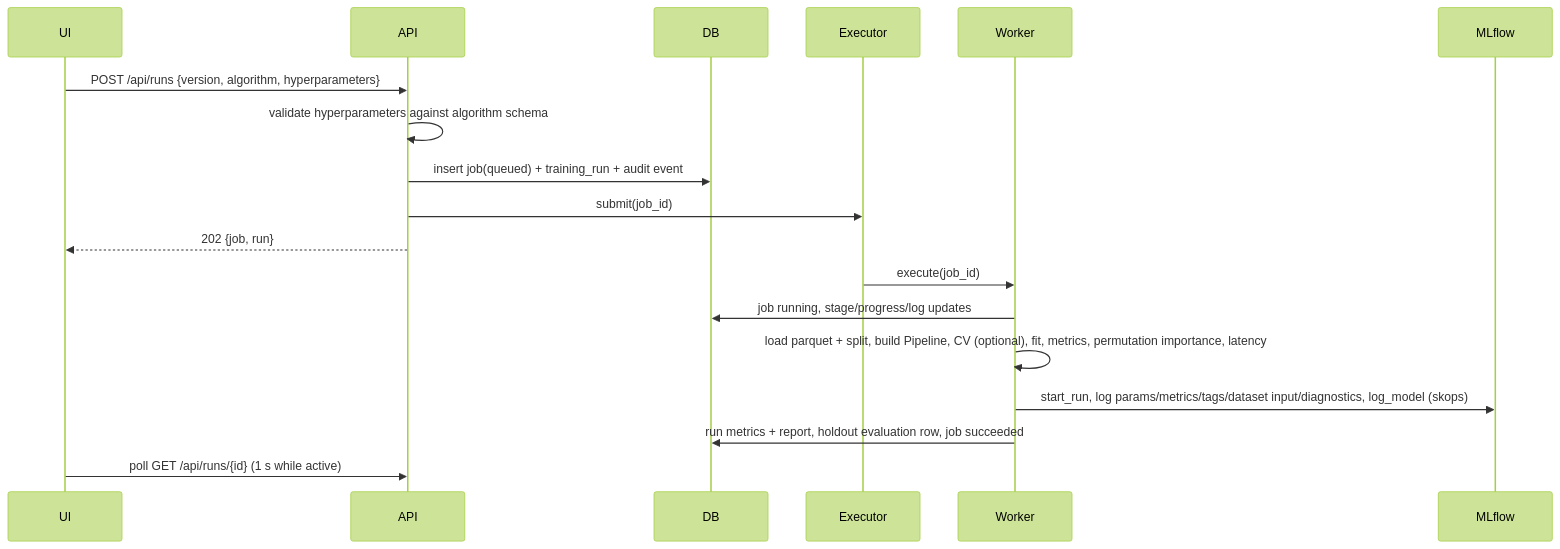
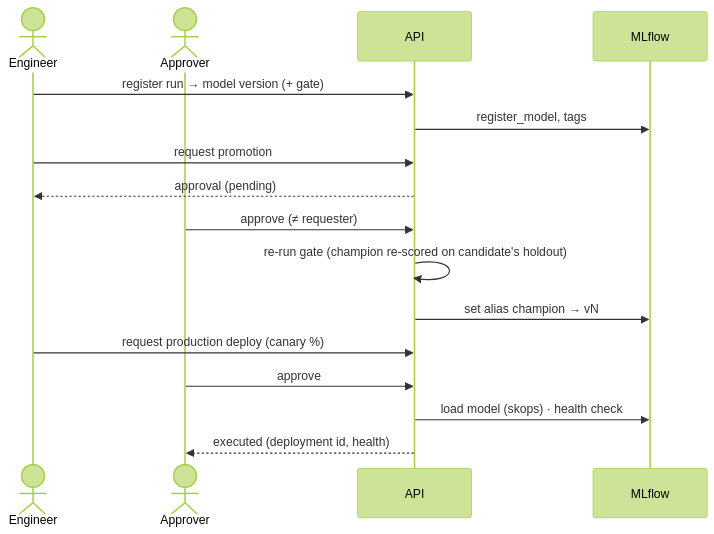
Before and after one commit to Singhsh01/EvalForge: the third of 3 diagrams in docs/architecture.md, drawn with Mermaid (forest theme). The commit also changed other lines of this file and 84 other files, not shown here.

Commit message:
Milestone 8: fifteen frontend modules with sign-in wired to the API, browser e2e smoke test, observability compose profile, enterprise demo with three measured case studies, guides, ADRs 0006–0010, feature matrix; widen pipeline status column (found on PostgreSQL)

````diff
--- a/docs/architecture.md
+++ b/docs/architecture.md
@@ -89,20 +79,18 @@
 ```mermaid
 sequenceDiagram
-  participant UI
+  actor E as Engineer
+  actor A as Approver
   participant API
-  participant DB
-  participant Q as Executor
-  participant W as Worker
   participant ML as MLflow
-  UI->>API: POST /api/runs {version, algorithm, hyperparameters}
-  API->>API: validate hyperparameters against algorithm schema
-  API->>DB: insert job(queued) + training_run + audit event
-  API->>Q: submit(job_id)
-  API-->>UI: 202 {job, run}
-  Q->>W: execute(job_id)
-  W->>DB: job running, stage/progress/log updates
-  W->>W: load parquet + split, build Pipeline, CV (optional), fit, metrics, permutation importance, latency
-  W->>ML: start_run, log params/metrics/tags/dataset input/diagnostics, log_model (skops)
-  W->>DB: run metrics + report, holdout evaluation row, job succeeded
-  UI->>API: poll GET /api/runs/{id} (1 s while active)
+  E->>API: register run → model version (+ gate)
+  API->>ML: register_model, tags
+  E->>API: request promotion
+  API-->>E: approval (pending)
+  A->>API: approve (≠ requester)
+  API->>API: re-run gate (champion re-scored on candidate's holdout)
+  API->>ML: set alias champion → vN
+  E->>API: request production deploy (canary %)
+  A->>API: approve
+  API->>ML: load model (skops) · health check
+  API-->>A: executed (deployment id, health)
 ```
````
